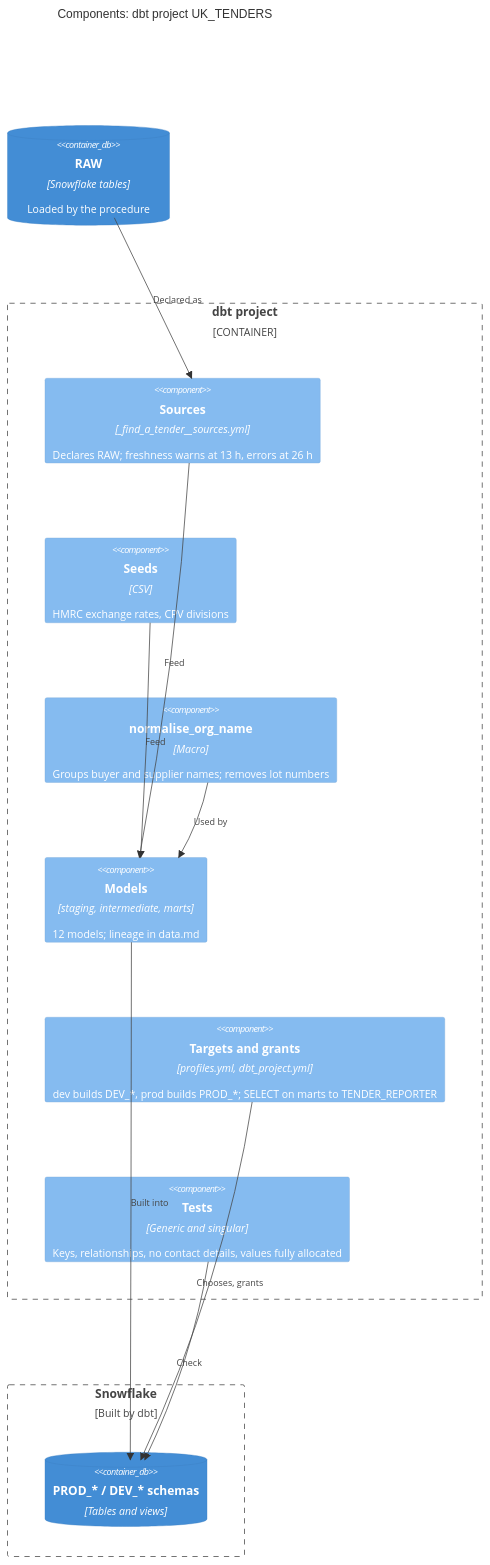
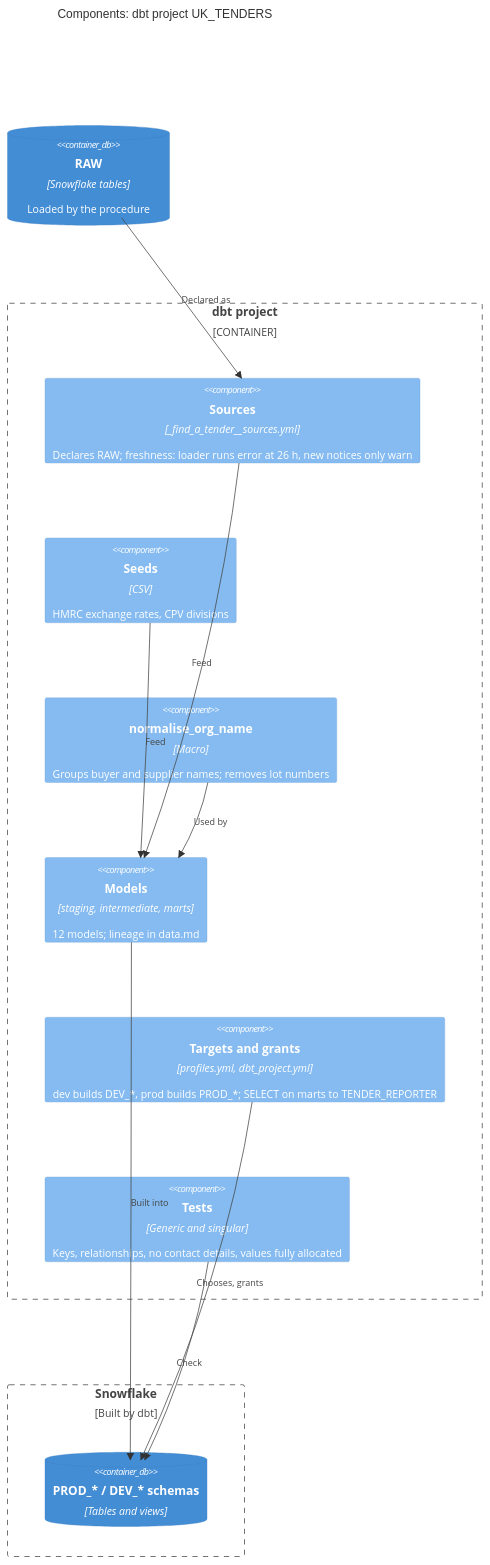
Before and after one commit to jacekjastrzebski/uk-tenders-dbt-snowflake: the third of 4 diagrams in docs/diagrams/c4.md, drawn with Mermaid. The commit also changed other lines of this file and 17 other files, not shown here.

````diff
--- a/docs/diagrams/c4.md
+++ b/docs/diagrams/c4.md
@@ -80,29 +80,29 @@
 ```mermaid
 C4Component
     title Components: dbt project UK_TENDERS
 
     ContainerDb(raw, "RAW", "Snowflake tables", "Loaded by the procedure")
 
     Container_Boundary(project, "dbt project") {
-        Component(sources, "Sources", "_find_a_tender__sources.yml", "Declares RAW; freshness warns at 13 h, errors at 26 h")
+        Component(sources, "Sources", "_find_a_tender__sources.yml", "Declares RAW; freshness: loader runs error at 26 h, new notices only warn")
         Component(seeds, "Seeds", "CSV", "HMRC exchange rates, CPV divisions")
         Component(macro, "normalise_org_name", "Macro", "Groups buyer and supplier names; removes lot numbers")
         Component(models, "Models", "staging, intermediate, marts", "12 models; lineage in data.md")
         Component(config, "Targets and grants", "profiles.yml, dbt_project.yml", "dev builds DEV_*, prod builds PROD_*; SELECT on marts to TENDER_REPORTER")
         Component(tests, "Tests", "Generic and singular", "Keys, relationships, no contact details, values fully allocated")
     }
 
     Boundary(built, "Snowflake", "Built by dbt") {
         ContainerDb(schemas, "PROD_* / DEV_* schemas", "Tables and views")
     }
 
     Rel(raw, sources, "Declared as")
     Rel(sources, models, "Feed")
     Rel(seeds, models, "Feed")
     Rel(macro, models, "Used by")
     Rel(models, schemas, "Built into")
     Rel(tests, schemas, "Check")
     Rel(config, schemas, "Chooses, grants")
 
     UpdateLayoutConfig($c4ShapeInRow="3", $c4BoundaryInRow="1")
 ```
````
